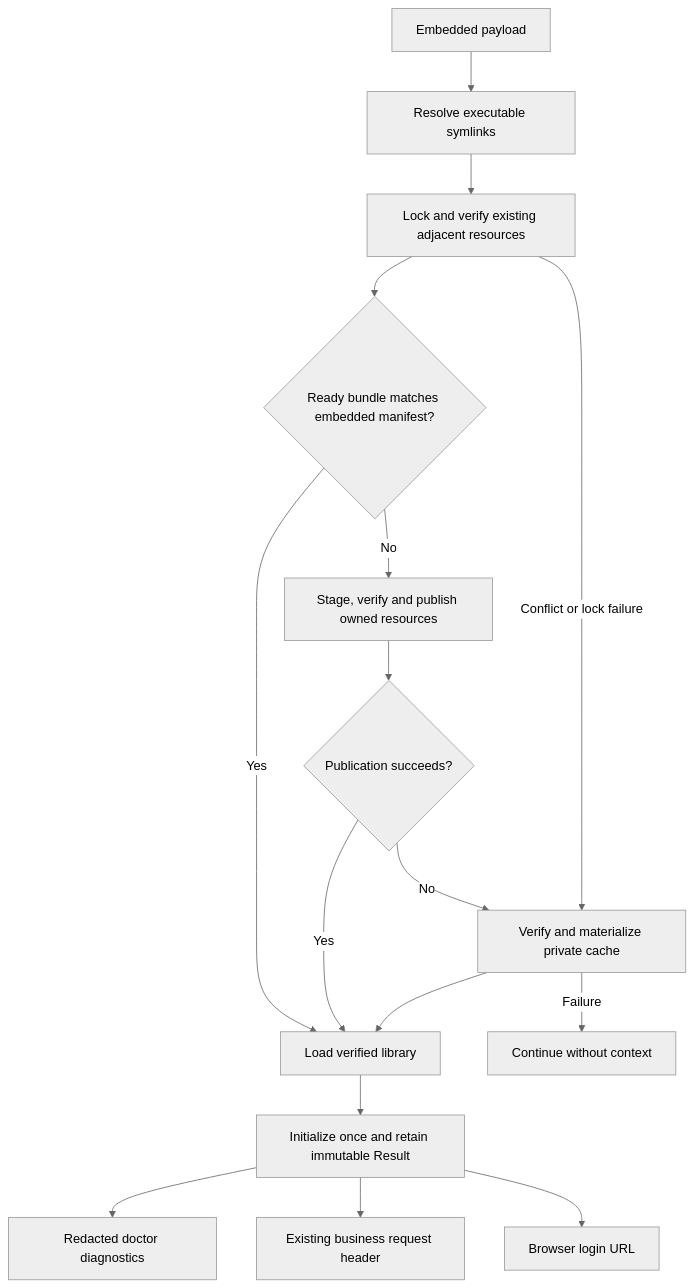
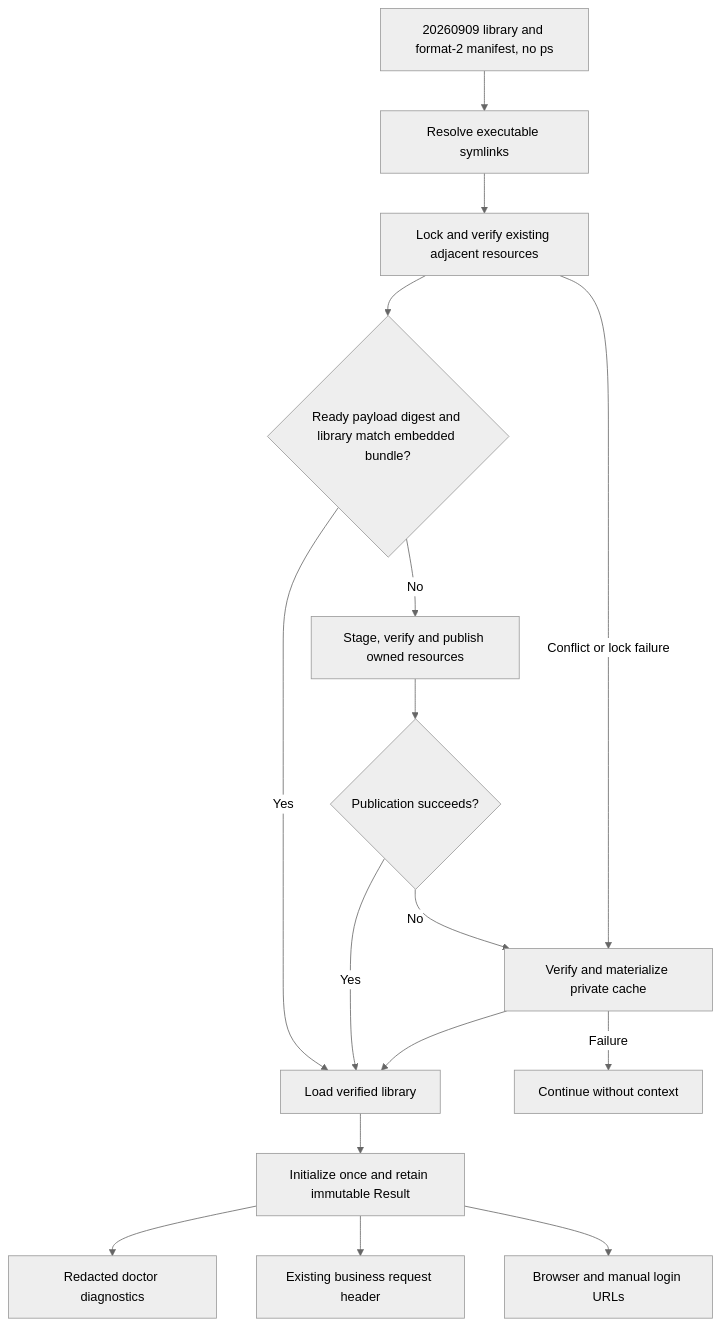
The diagram in docs/runtime-context.md (DingTalk-Real-AI/dingtalk-workspace-cli), drawn with Mermaid (neutral theme) before and after one commit. The commit also changed other lines of this file and 195 other files, not shown here.

Commit message:
Merge branch 'main' into perf/schema-cache-fast-version

````diff
--- a/docs/runtime-context.md
+++ b/docs/runtime-context.md
@@ -48,18 +61,18 @@
 ```mermaid
 flowchart TD
-    A[Embedded payload] --> B[Resolve executable symlinks]
+    A[20260909 library and format-2 manifest, no ps] --> B[Resolve executable symlinks]
     B --> C[Lock and verify existing adjacent resources]
-    C --> L{Ready bundle matches embedded manifest?}
+    C --> L{Ready payload digest and library match embedded bundle?}
     L -- Yes --> F[Load verified library]
     L -- No --> M[Stage, verify and publish owned resources]
     M --> D{Publication succeeds?}
     C -- Conflict or lock failure --> E[Verify and materialize private cache]
     D -- Yes --> F
     D -- No --> E[Verify and materialize private cache]
     E --> F
     E -- Failure --> G[Continue without context]
     F --> H[Initialize once and retain immutable Result]
     H --> I[Redacted doctor diagnostics]
     H --> J[Existing business request header]
-    H --> K[Browser login URL]
+    H --> K[Browser and manual login URLs]
 ```
````
